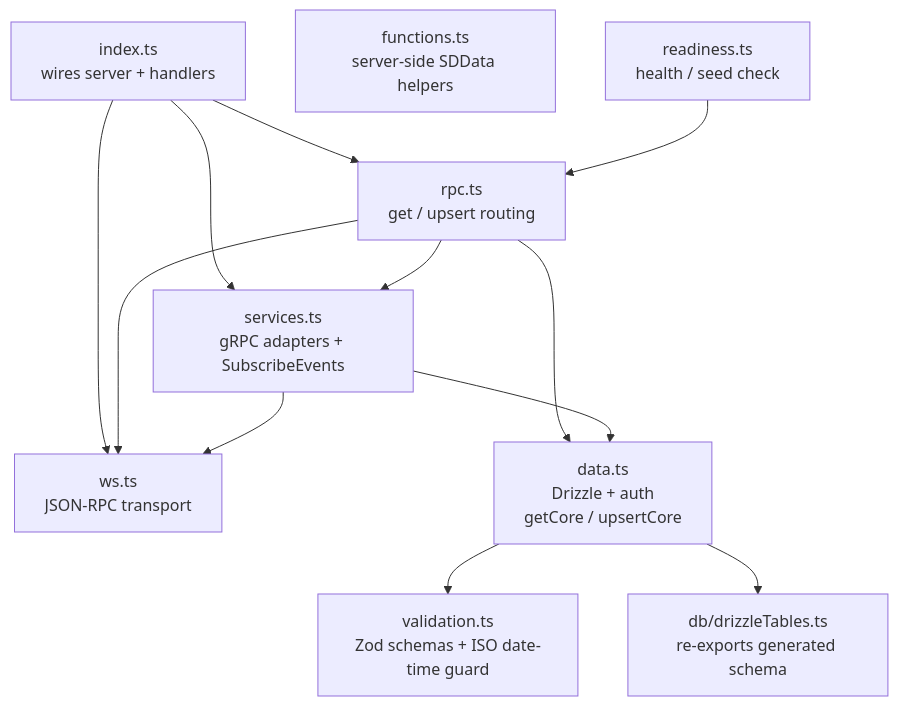
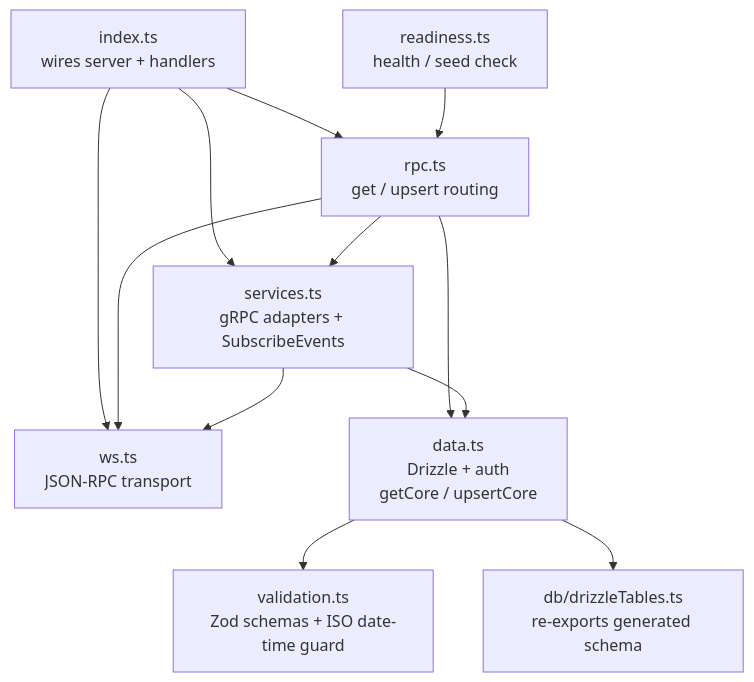
Before and after one commit to EVY-Platform/evy: the third of 3 diagrams in api/README.md, drawn with Mermaid. The commit also changed other lines of this file and 7 other files, not shown here.

````diff
--- a/api/README.md
+++ b/api/README.md
@@ -100,24 +99,23 @@
 ```mermaid
 flowchart TD
     index[index.ts<br/>wires server + handlers]
     ws[ws.ts<br/>JSON-RPC transport]
     rpc[rpc.ts<br/>get / upsert routing]
     data[data.ts<br/>Drizzle + auth<br/>getCore / upsertCore]
     services[services.ts<br/>gRPC adapters + SubscribeEvents]
     validation[validation.ts<br/>Zod schemas + ISO date-time guard]
-    functions[functions.ts<br/>server-side SDData helpers]
     readiness[readiness.ts<br/>health / seed check]
     drizzleTables[db/drizzleTables.ts<br/>re-exports generated schema]
 
     index --> ws
     index --> rpc
     index --> services
     rpc --> data
     rpc --> services
     rpc --> ws
     data --> validation
     data --> drizzleTables
     services --> data
     services --> ws
     readiness --> rpc
 ```
````
